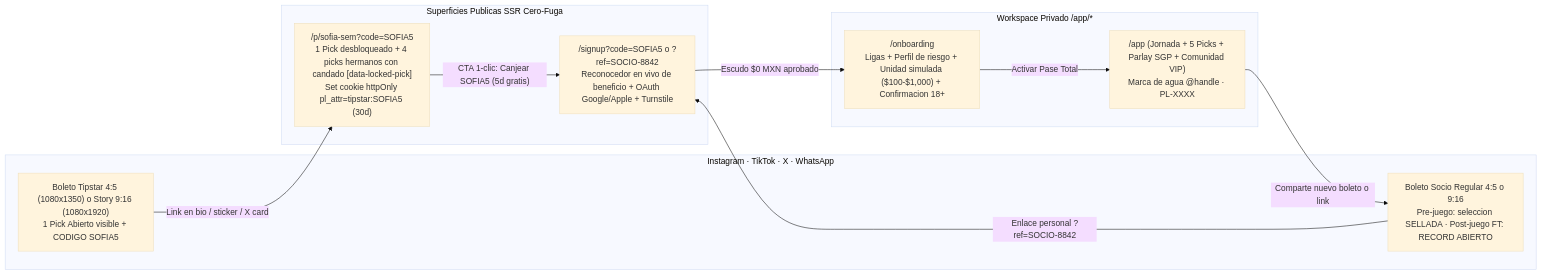
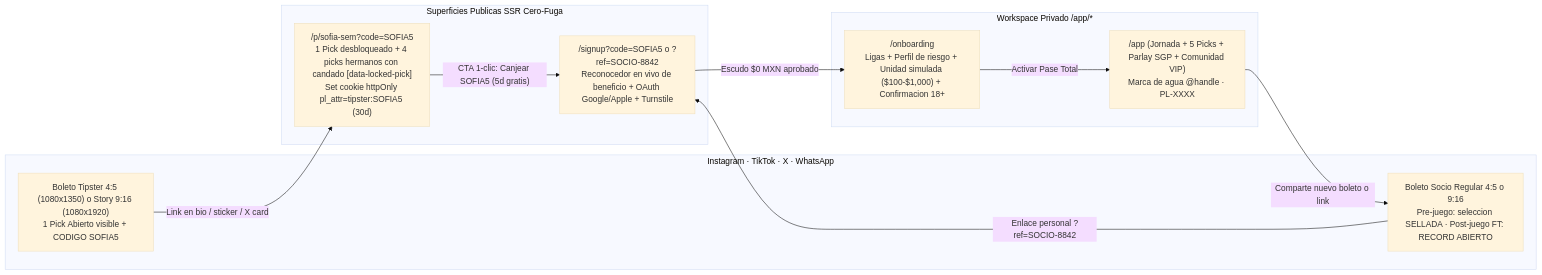
The fifth of 5 diagrams in docs/product/VISION_REESTRUCTURA_CLAUDE_GROWTH.md (jairbonillacan-cmd/pitch), drawn with Mermaid (base theme) before and after one commit. The commit also changed other lines of this file and 134 other files, not shown here.

First line of the commit message:
refactor: cambiar «tipstar» por «tipster» en todo el proyecto

````diff
--- a/docs/product/VISION_REESTRUCTURA_CLAUDE_GROWTH.md
+++ b/docs/product/VISION_REESTRUCTURA_CLAUDE_GROWTH.md
@@ -419,24 +419,24 @@
 ```mermaid
 flowchart LR
     subgraph Redes["Instagram · TikTok · X · WhatsApp"]
-        T1["Boleto Tipstar 4:5 (1080x1350) o Story 9:16 (1080x1920)\n1 Pick Abierto visible + CODIGO SOFIA5"]
+        T1["Boleto Tipster 4:5 (1080x1350) o Story 9:16 (1080x1920)\n1 Pick Abierto visible + CODIGO SOFIA5"]
         T2["Boleto Socio Regular 4:5 o 9:16\nPre-juego: seleccion SELLADA · Post-juego FT: RECORD ABIERTO"]
     end
 
     subgraph Publico["Superficies Publicas SSR Cero-Fuga"]
-        P["/p/sofia-sem?code=SOFIA5\n1 Pick desbloqueado + 4 picks hermanos con candado [data-locked-pick]\nSet cookie httpOnly pl_attr=tipstar:SOFIA5 (30d)"]
+        P["/p/sofia-sem?code=SOFIA5\n1 Pick desbloqueado + 4 picks hermanos con candado [data-locked-pick]\nSet cookie httpOnly pl_attr=tipster:SOFIA5 (30d)"]
         S["/signup?code=SOFIA5 o ?ref=SOCIO-8842\nReconocedor en vivo de beneficio + OAuth Google/Apple + Turnstile"]
     end
 
     subgraph Club["Workspace Privado /app/*"]
         O["/onboarding\nLigas + Perfil de riesgo + Unidad simulada ($100-$1,000) + Confirmacion 18+"]
         A["/app (Jornada + 5 Picks + Parlay SGP + Comunidad VIP)\nMarca de agua @handle · PL-XXXX"]
     end
 
     T1 -->|"Link en bio / sticker / X card"| P
     P -->|"CTA 1-clic: Canjear SOFIA5 (5d gratis)"| S
     T2 -->|"Enlace personal ?ref=SOCIO-8842"| S
     S -->|"Escudo $0 MXN aprobado"| O
     O -->|"Activar Pase Total"| A
     A -->|"Comparte nuevo boleto o link"| T2
 ```
````
